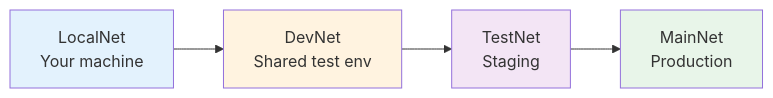
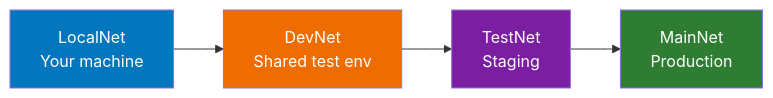
One commit to canton-network/cf-docs changed the second of 2 diagrams in docs-main/global-synchronizer/understand/introduction.mdx. Above: the diagram before and after it, drawn with Mermaid. The commit also changed other lines of this file and 26 other files, not shown here.

````diff
--- a/docs-main/global-synchronizer/understand/introduction.mdx
+++ b/docs-main/global-synchronizer/understand/introduction.mdx
@@ -68,11 +68,11 @@
 ```mermaid
 flowchart LR
     LOCAL[LocalNet<br>Your machine] --> DEV[DevNet<br>Shared test env]
     DEV --> TEST[TestNet<br>Staging]
     TEST --> MAIN[MainNet<br>Production]
 
-    style LOCAL fill:#e3f2fd
-    style DEV fill:#fff3e0
-    style TEST fill:#f3e5f5
-    style MAIN fill:#e8f5e9
+    style LOCAL fill:#0277bd,color:#fff
+    style DEV fill:#ef6c00,color:#fff
+    style TEST fill:#7b1fa2,color:#fff
+    style MAIN fill:#2e7d32,color:#fff
 ```
````
